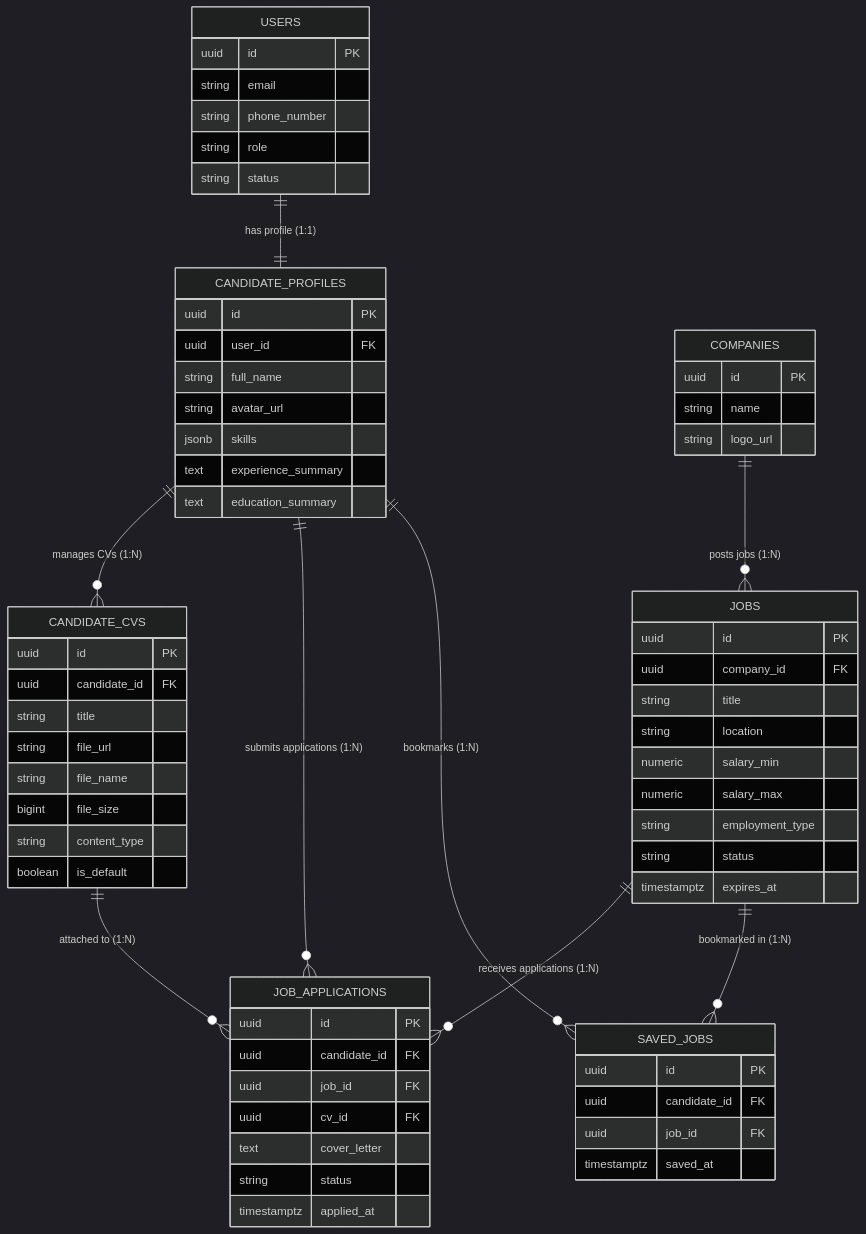
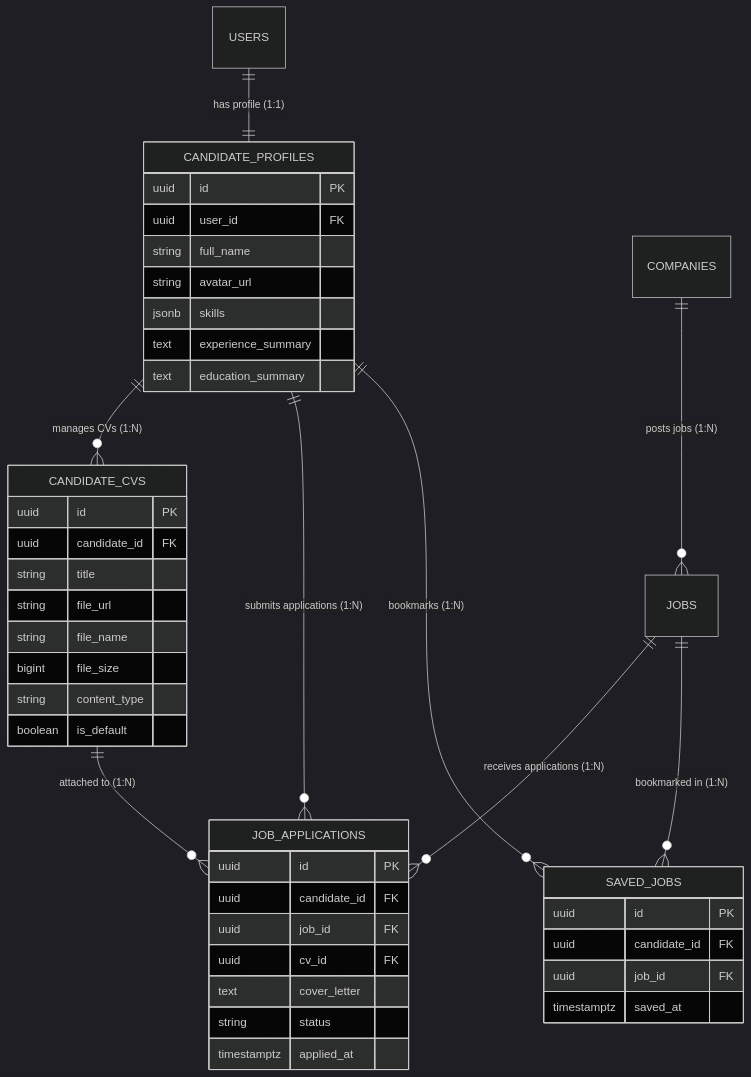
Before and after one commit to GuardianWork/guard-work: the diagram in docs/feat/candidates/spec.md, drawn with Mermaid (dark theme). The commit also changed other lines of this file and 1 other file, not shown here.

````diff
--- a/docs/feat/candidates/spec.md
+++ b/docs/feat/candidates/spec.md
@@ -170,75 +170,58 @@
 ```mermaid
 erDiagram
     USERS ||--|| CANDIDATE_PROFILES : "has profile (1:1)"
     CANDIDATE_PROFILES ||--o{ CANDIDATE_CVS : "manages CVs (1:N)"
     CANDIDATE_PROFILES ||--o{ JOB_APPLICATIONS : "submits applications (1:N)"
     CANDIDATE_CVS ||--o{ JOB_APPLICATIONS : "attached to (1:N)"
     JOBS ||--o{ JOB_APPLICATIONS : "receives applications (1:N)"
     COMPANIES ||--o{ JOBS : "posts jobs (1:N)"
     CANDIDATE_PROFILES ||--o{ SAVED_JOBS : "bookmarks (1:N)"
     JOBS ||--o{ SAVED_JOBS : "bookmarked in (1:N)"
 
     USERS {
-        uuid id PK
-        string email
-        string phone_number
-        string role
-        string status
     }
 
     CANDIDATE_PROFILES {
         uuid id PK
         uuid user_id FK
         string full_name
         string avatar_url
         jsonb skills
         text experience_summary
         text education_summary
     }
 
     CANDIDATE_CVS {
         uuid id PK
         uuid candidate_id FK
         string title
         string file_url
         string file_name
         bigint file_size
         string content_type
         boolean is_default
     }
 
     COMPANIES {
-        uuid id PK
-        string name
-        string logo_url
     }
 
     JOBS {
-        uuid id PK
-        uuid company_id FK
-        string title
-        string location
-        numeric salary_min
-        numeric salary_max
-        string employment_type
-        string status
-        timestamptz expires_at
     }
 
     JOB_APPLICATIONS {
         uuid id PK
         uuid candidate_id FK
         uuid job_id FK
         uuid cv_id FK
         text cover_letter
         string status
         timestamptz applied_at
     }
 
     SAVED_JOBS {
         uuid id PK
         uuid candidate_id FK
         uuid job_id FK
         timestamptz saved_at
     }
 ```
````
